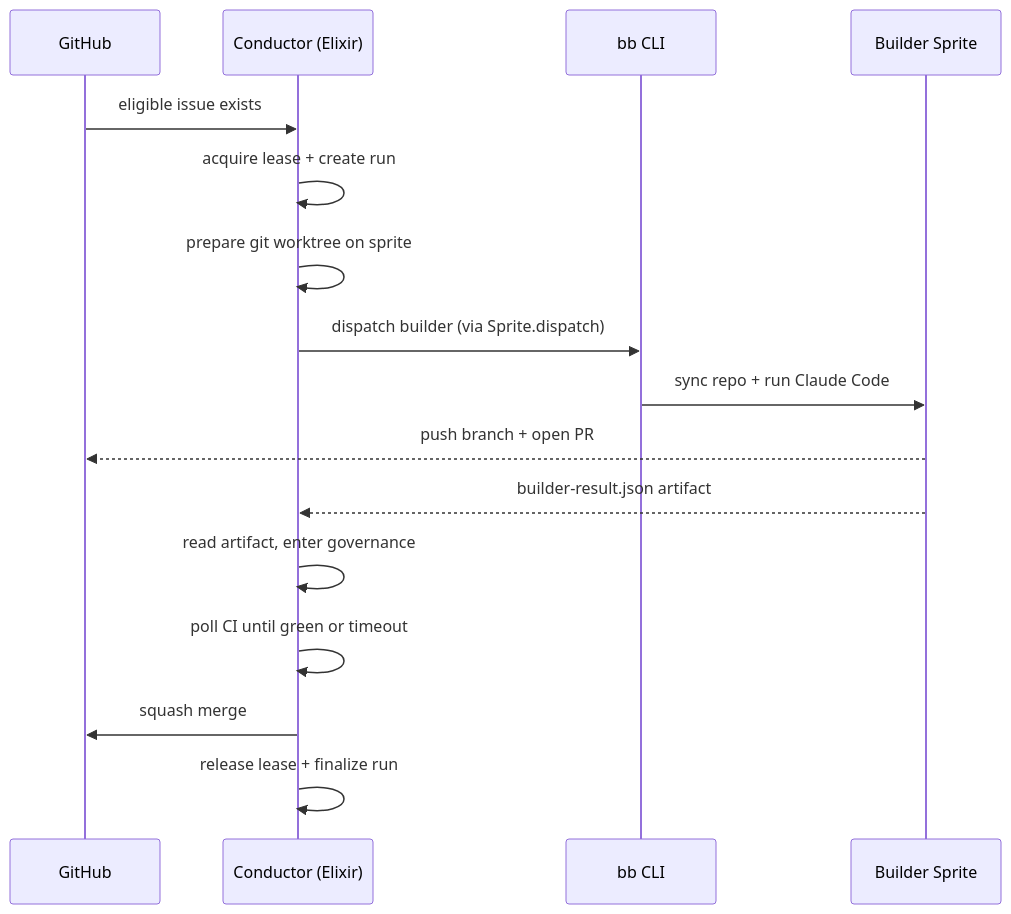
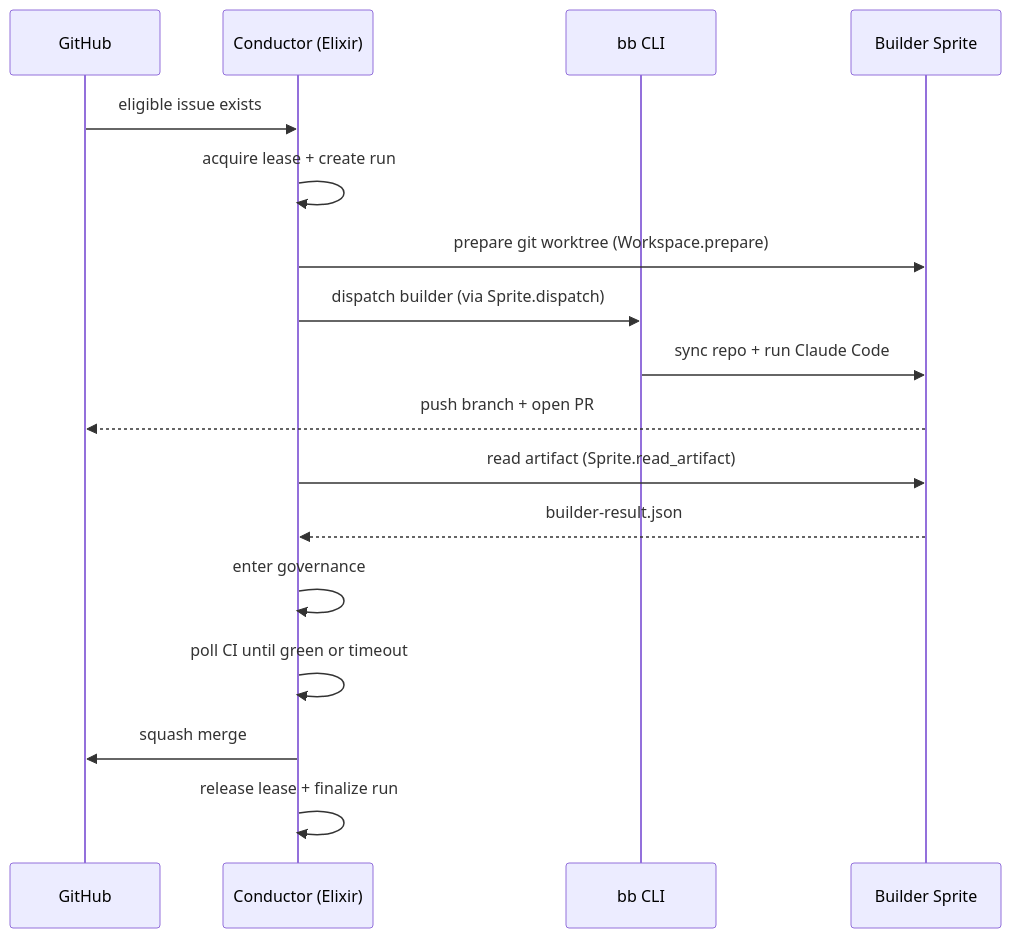
The second of 2 diagrams in docs/architecture/README.md (misty-step/bitterblossom), drawn with Mermaid before and after one commit. The commit also changed other lines of this file and 1 other file, not shown here.

Commit message:
docs: fix diagram inaccuracies flagged in review
- Merge DB/Events into single SQLite node in system overview (both are
  the same conductor.db file; separate nodes implied two stores)
- Fix trace bullet artifact exchange: conductor pulls via
  Sprite.read_artifact, sprite does not push to conductor
- Wire orphan Config and Issue nodes in module map (both are used by
  Orchestrator; Config also used by RunServer)
- Remove pick_worker/1 from Orchestrator key interfaces (private defp)

````diff
--- a/docs/architecture/README.md
+++ b/docs/architecture/README.md
@@ -60,19 +58,20 @@
 ```mermaid
 sequenceDiagram
     participant GH as GitHub
     participant C as Conductor (Elixir)
     participant BB as bb CLI
     participant W as Builder Sprite
 
     GH->>C: eligible issue exists
     C->>C: acquire lease + create run
-    C->>C: prepare git worktree on sprite
+    C->>W: prepare git worktree (Workspace.prepare)
     C->>BB: dispatch builder (via Sprite.dispatch)
     BB->>W: sync repo + run Claude Code
     W-->>GH: push branch + open PR
-    W-->>C: builder-result.json artifact
-    C->>C: read artifact, enter governance
+    C->>W: read artifact (Sprite.read_artifact)
+    W-->>C: builder-result.json
+    C->>C: enter governance
     C->>C: poll CI until green or timeout
     C->>GH: squash merge
     C->>C: release lease + finalize run
 ```
````
